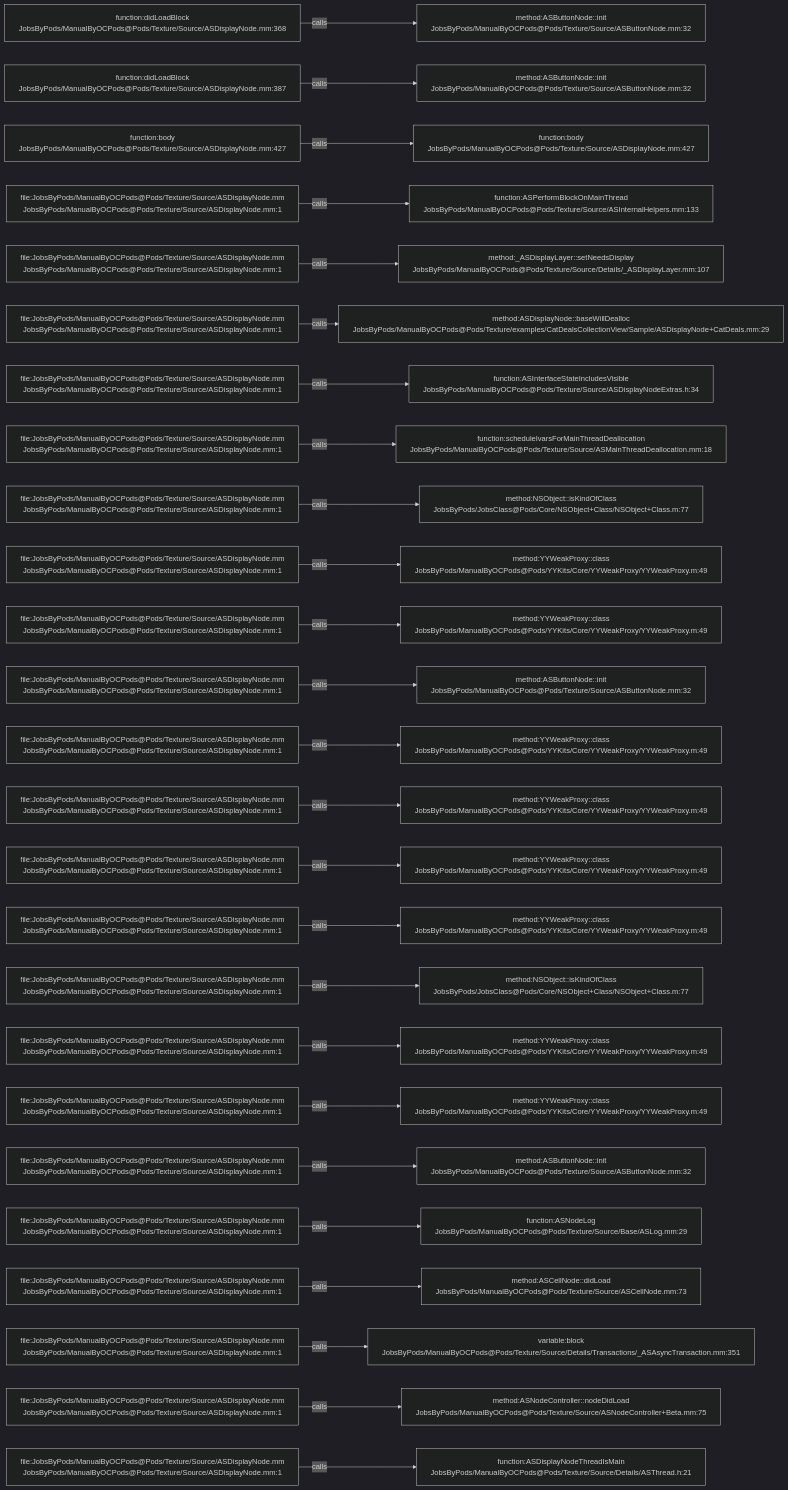
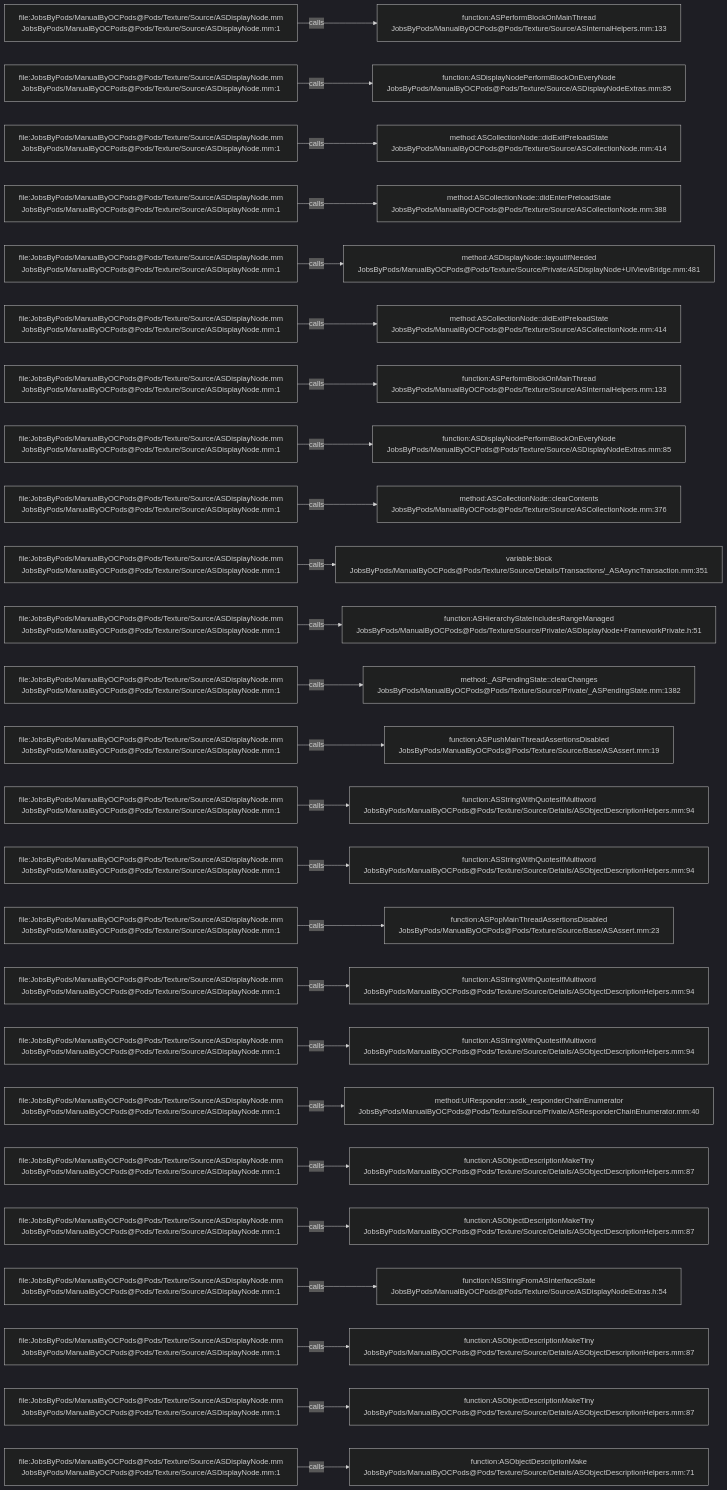
One commit to JobsKits/JobsOCBaseConfigDemo changed the diagram in .codegraph/codegraph.md/graphs/calls-089.md. Above: the diagram before and after it, drawn with Mermaid (dark theme). The commit also changed 2723 other files, not shown here.

````diff
--- a/.codegraph/codegraph.md/graphs/calls-089.md
+++ b/.codegraph/codegraph.md/graphs/calls-089.md
@@ -13,78 +13,78 @@
 ```mermaid
 flowchart LR
-  S1["function:didLoadBlock<br/>JobsByPods/ManualByOCPods@Pods/Texture/Source/ASDisplayNode.mm:368"]
-  T1["method:ASButtonNode::init<br/>JobsByPods/ManualByOCPods@Pods/Texture/Source/ASButtonNode.mm:32"]
+  S1["file:JobsByPods/ManualByOCPods@Pods/Texture/Source/ASDisplayNode.mm<br/>JobsByPods/ManualByOCPods@Pods/Texture/Source/ASDisplayNode.mm:1"]
+  T1["function:ASPerformBlockOnMainThread<br/>JobsByPods/ManualByOCPods@Pods/Texture/Source/ASInternalHelpers.mm:133"]
   S1 -->|calls| T1
-  S2["function:didLoadBlock<br/>JobsByPods/ManualByOCPods@Pods/Texture/Source/ASDisplayNode.mm:387"]
-  T2["method:ASButtonNode::init<br/>JobsByPods/ManualByOCPods@Pods/Texture/Source/ASButtonNode.mm:32"]
+  S2["file:JobsByPods/ManualByOCPods@Pods/Texture/Source/ASDisplayNode.mm<br/>JobsByPods/ManualByOCPods@Pods/Texture/Source/ASDisplayNode.mm:1"]
+  T2["function:ASDisplayNodePerformBlockOnEveryNode<br/>JobsByPods/ManualByOCPods@Pods/Texture/Source/ASDisplayNodeExtras.mm:85"]
   S2 -->|calls| T2
-  S3["function:body<br/>JobsByPods/ManualByOCPods@Pods/Texture/Source/ASDisplayNode.mm:427"]
-  T3["function:body<br/>JobsByPods/ManualByOCPods@Pods/Texture/Source/ASDisplayNode.mm:427"]
+  S3["file:JobsByPods/ManualByOCPods@Pods/Texture/Source/ASDisplayNode.mm<br/>JobsByPods/ManualByOCPods@Pods/Texture/Source/ASDisplayNode.mm:1"]
+  T3["method:ASCollectionNode::didExitPreloadState<br/>JobsByPods/ManualByOCPods@Pods/Texture/Source/ASCollectionNode.mm:414"]
   S3 -->|calls| T3
   S4["file:JobsByPods/ManualByOCPods@Pods/Texture/Source/ASDisplayNode.mm<br/>JobsByPods/ManualByOCPods@Pods/Texture/Source/ASDisplayNode.mm:1"]
-  T4["function:ASPerformBlockOnMainThread<br/>JobsByPods/ManualByOCPods@Pods/Texture/Source/ASInternalHelpers.mm:133"]
+  T4["method:ASCollectionNode::didEnterPreloadState<br/>JobsByPods/ManualByOCPods@Pods/Texture/Source/ASCollectionNode.mm:388"]
   S4 -->|calls| T4
   S5["file:JobsByPods/ManualByOCPods@Pods/Texture/Source/ASDisplayNode.mm<br/>JobsByPods/ManualByOCPods@Pods/Texture/Source/ASDisplayNode.mm:1"]
-  T5["method:_ASDisplayLayer::setNeedsDisplay<br/>JobsByPods/ManualByOCPods@Pods/Texture/Source/Details/_ASDisplayLayer.mm:107"]
+  T5["method:ASDisplayNode::layoutIfNeeded<br/>JobsByPods/ManualByOCPods@Pods/Texture/Source/Private/ASDisplayNode+UIViewBridge.mm:481"]
   S5 -->|calls| T5
   S6["file:JobsByPods/ManualByOCPods@Pods/Texture/Source/ASDisplayNode.mm<br/>JobsByPods/ManualByOCPods@Pods/Texture/Source/ASDisplayNode.mm:1"]
-  T6["method:ASDisplayNode::baseWillDealloc<br/>JobsByPods/ManualByOCPods@Pods/Texture/examples/CatDealsCollectionView/Sample/ASDisplayNode+CatDeals.mm:29"]
+  T6["method:ASCollectionNode::didExitPreloadState<br/>JobsByPods/ManualByOCPods@Pods/Texture/Source/ASCollectionNode.mm:414"]
   S6 -->|calls| T6
   S7["file:JobsByPods/ManualByOCPods@Pods/Texture/Source/ASDisplayNode.mm<br/>JobsByPods/ManualByOCPods@Pods/Texture/Source/ASDisplayNode.mm:1"]
-  T7["function:ASInterfaceStateIncludesVisible<br/>JobsByPods/ManualByOCPods@Pods/Texture/Source/ASDisplayNodeExtras.h:34"]
+  T7["function:ASPerformBlockOnMainThread<br/>JobsByPods/ManualByOCPods@Pods/Texture/Source/ASInternalHelpers.mm:133"]
   S7 -->|calls| T7
   S8["file:JobsByPods/ManualByOCPods@Pods/Texture/Source/ASDisplayNode.mm<br/>JobsByPods/ManualByOCPods@Pods/Texture/Source/ASDisplayNode.mm:1"]
-  T8["function:scheduleIvarsForMainThreadDeallocation<br/>JobsByPods/ManualByOCPods@Pods/Texture/Source/ASMainThreadDeallocation.mm:18"]
+  T8["function:ASDisplayNodePerformBlockOnEveryNode<br/>JobsByPods/ManualByOCPods@Pods/Texture/Source/ASDisplayNodeExtras.mm:85"]
   S8 -->|calls| T8
   S9["file:JobsByPods/ManualByOCPods@Pods/Texture/Source/ASDisplayNode.mm<br/>JobsByPods/ManualByOCPods@Pods/Texture/Source/ASDisplayNode.mm:1"]
-  T9["method:NSObject::isKindOfClass<br/>JobsByPods/JobsClass@Pods/Core/NSObject+Class/NSObject+Class.m:77"]
+  T9["method:ASCollectionNode::clearContents<br/>JobsByPods/ManualByOCPods@Pods/Texture/Source/ASCollectionNode.mm:376"]
   S9 -->|calls| T9
   S10["file:JobsByPods/ManualByOCPods@Pods/Texture/Source/ASDisplayNode.mm<br/>JobsByPods/ManualByOCPods@Pods/Texture/Source/ASDisplayNode.mm:1"]
-  T10["method:YYWeakProxy::class<br/>JobsByPods/ManualByOCPods@Pods/YYKits/Core/YYWeakProxy/YYWeakProxy.m:49"]
+  T10["variable:block<br/>JobsByPods/ManualByOCPods@Pods/Texture/Source/Details/Transactions/_ASAsyncTransaction.mm:351"]
   S10 -->|calls| T10
   S11["file:JobsByPods/ManualByOCPods@Pods/Texture/Source/ASDisplayNode.mm<br/>JobsByPods/ManualByOCPods@Pods/Texture/Source/ASDisplayNode.mm:1"]
-  T11["method:YYWeakProxy::class<br/>JobsByPods/ManualByOCPods@Pods/YYKits/Core/YYWeakProxy/YYWeakProxy.m:49"]
+  T11["function:ASHierarchyStateIncludesRangeManaged<br/>JobsByPods/ManualByOCPods@Pods/Texture/Source/Private/ASDisplayNode+FrameworkPrivate.h:51"]
   S11 -->|calls| T11
   S12["file:JobsByPods/ManualByOCPods@Pods/Texture/Source/ASDisplayNode.mm<br/>JobsByPods/ManualByOCPods@Pods/Texture/Source/ASDisplayNode.mm:1"]
-  T12["method:ASButtonNode::init<br/>JobsByPods/ManualByOCPods@Pods/Texture/Source/ASButtonNode.mm:32"]
+  T12["method:_ASPendingState::clearChanges<br/>JobsByPods/ManualByOCPods@Pods/Texture/Source/Private/_ASPendingState.mm:1382"]
   S12 -->|calls| T12
   S13["file:JobsByPods/ManualByOCPods@Pods/Texture/Source/ASDisplayNode.mm<br/>JobsByPods/ManualByOCPods@Pods/Texture/Source/ASDisplayNode.mm:1"]
-  T13["method:YYWeakProxy::class<br/>JobsByPods/ManualByOCPods@Pods/YYKits/Core/YYWeakProxy/YYWeakProxy.m:49"]
+  T13["function:ASPushMainThreadAssertionsDisabled<br/>JobsByPods/ManualByOCPods@Pods/Texture/Source/Base/ASAssert.mm:19"]
   S13 -->|calls| T13
   S14["file:JobsByPods/ManualByOCPods@Pods/Texture/Source/ASDisplayNode.mm<br/>JobsByPods/ManualByOCPods@Pods/Texture/Source/ASDisplayNode.mm:1"]
-  T14["method:YYWeakProxy::class<br/>JobsByPods/ManualByOCPods@Pods/YYKits/Core/YYWeakProxy/YYWeakProxy.m:49"]
+  T14["function:ASStringWithQuotesIfMultiword<br/>JobsByPods/ManualByOCPods@Pods/Texture/Source/Details/ASObjectDescriptionHelpers.mm:94"]
   S14 -->|calls| T14
   S15["file:JobsByPods/ManualByOCPods@Pods/Texture/Source/ASDisplayNode.mm<br/>JobsByPods/ManualByOCPods@Pods/Texture/Source/ASDisplayNode.mm:1"]
-  T15["method:YYWeakProxy::class<br/>JobsByPods/ManualByOCPods@Pods/YYKits/Core/YYWeakProxy/YYWeakProxy.m:49"]
+  T15["function:ASStringWithQuotesIfMultiword<br/>JobsByPods/ManualByOCPods@Pods/Texture/Source/Details/ASObjectDescriptionHelpers.mm:94"]
   S15 -->|calls| T15
   S16["file:JobsByPods/ManualByOCPods@Pods/Texture/Source/ASDisplayNode.mm<br/>JobsByPods/ManualByOCPods@Pods/Texture/Source/ASDisplayNode.mm:1"]
-  T16["method:YYWeakProxy::class<br/>JobsByPods/ManualByOCPods@Pods/YYKits/Core/YYWeakProxy/YYWeakProxy.m:49"]
+  T16["function:ASPopMainThreadAssertionsDisabled<br/>JobsByPods/ManualByOCPods@Pods/Texture/Source/Base/ASAssert.mm:23"]
   S16 -->|calls| T16
   S17["file:JobsByPods/ManualByOCPods@Pods/Texture/Source/ASDisplayNode.mm<br/>JobsByPods/ManualByOCPods@Pods/Texture/Source/ASDisplayNode.mm:1"]
-  T17["method:NSObject::isKindOfClass<br/>JobsByPods/JobsClass@Pods/Core/NSObject+Class/NSObject+Class.m:77"]
+  T17["function:ASStringWithQuotesIfMultiword<br/>JobsByPods/ManualByOCPods@Pods/Texture/Source/Details/ASObjectDescriptionHelpers.mm:94"]
   S17 -->|calls| T17
   S18["file:JobsByPods/ManualByOCPods@Pods/Texture/Source/ASDisplayNode.mm<br/>JobsByPods/ManualByOCPods@Pods/Texture/Source/ASDisplayNode.mm:1"]
-  T18["method:YYWeakProxy::class<br/>JobsByPods/ManualByOCPods@Pods/YYKits/Core/YYWeakProxy/YYWeakProxy.m:49"]
+  T18["function:ASStringWithQuotesIfMultiword<br/>JobsByPods/ManualByOCPods@Pods/Texture/Source/Details/ASObjectDescriptionHelpers.mm:94"]
   S18 -->|calls| T18
   S19["file:JobsByPods/ManualByOCPods@Pods/Texture/Source/ASDisplayNode.mm<br/>JobsByPods/ManualByOCPods@Pods/Texture/Source/ASDisplayNode.mm:1"]
-  T19["method:YYWeakProxy::class<br/>JobsByPods/ManualByOCPods@Pods/YYKits/Core/YYWeakProxy/YYWeakProxy.m:49"]
+  T19["method:UIResponder::asdk_responderChainEnumerator<br/>JobsByPods/ManualByOCPods@Pods/Texture/Source/Private/ASResponderChainEnumerator.mm:40"]
   S19 -->|calls| T19
   S20["file:JobsByPods/ManualByOCPods@Pods/Texture/Source/ASDisplayNode.mm<br/>JobsByPods/ManualByOCPods@Pods/Texture/Source/ASDisplayNode.mm:1"]
-  T20["method:ASButtonNode::init<br/>JobsByPods/ManualByOCPods@Pods/Texture/Source/ASButtonNode.mm:32"]
+  T20["function:ASObjectDescriptionMakeTiny<br/>JobsByPods/ManualByOCPods@Pods/Texture/Source/Details/ASObjectDescriptionHelpers.mm:87"]
   S20 -->|calls| T20
   S21["file:JobsByPods/ManualByOCPods@Pods/Texture/Source/ASDisplayNode.mm<br/>JobsByPods/ManualByOCPods@Pods/Texture/Source/ASDisplayNode.mm:1"]
-  T21["function:ASNodeLog<br/>JobsByPods/ManualByOCPods@Pods/Texture/Source/Base/ASLog.mm:29"]
+  T21["function:ASObjectDescriptionMakeTiny<br/>JobsByPods/ManualByOCPods@Pods/Texture/Source/Details/ASObjectDescriptionHelpers.mm:87"]
   S21 -->|calls| T21
   S22["file:JobsByPods/ManualByOCPods@Pods/Texture/Source/ASDisplayNode.mm<br/>JobsByPods/ManualByOCPods@Pods/Texture/Source/ASDisplayNode.mm:1"]
-  T22["method:ASCellNode::didLoad<br/>JobsByPods/ManualByOCPods@Pods/Texture/Source/ASCellNode.mm:73"]
+  T22["function:NSStringFromASInterfaceState<br/>JobsByPods/ManualByOCPods@Pods/Texture/Source/ASDisplayNodeExtras.h:54"]
   S22 -->|calls| T22
   S23["file:JobsByPods/ManualByOCPods@Pods/Texture/Source/ASDisplayNode.mm<br/>JobsByPods/ManualByOCPods@Pods/Texture/Source/ASDisplayNode.mm:1"]
-  T23["variable:block<br/>JobsByPods/ManualByOCPods@Pods/Texture/Source/Details/Transactions/_ASAsyncTransaction.mm:351"]
+  T23["function:ASObjectDescriptionMakeTiny<br/>JobsByPods/ManualByOCPods@Pods/Texture/Source/Details/ASObjectDescriptionHelpers.mm:87"]
   S23 -->|calls| T23
   S24["file:JobsByPods/ManualByOCPods@Pods/Texture/Source/ASDisplayNode.mm<br/>JobsByPods/ManualByOCPods@Pods/Texture/Source/ASDisplayNode.mm:1"]
-  T24["method:ASNodeController::nodeDidLoad<br/>JobsByPods/ManualByOCPods@Pods/Texture/Source/ASNodeController+Beta.mm:75"]
+  T24["function:ASObjectDescriptionMakeTiny<br/>JobsByPods/ManualByOCPods@Pods/Texture/Source/Details/ASObjectDescriptionHelpers.mm:87"]
   S24 -->|calls| T24
   S25["file:JobsByPods/ManualByOCPods@Pods/Texture/Source/ASDisplayNode.mm<br/>JobsByPods/ManualByOCPods@Pods/Texture/Source/ASDisplayNode.mm:1"]
-  T25["function:ASDisplayNodeThreadIsMain<br/>JobsByPods/ManualByOCPods@Pods/Texture/Source/Details/ASThread.h:21"]
+  T25["function:ASObjectDescriptionMake<br/>JobsByPods/ManualByOCPods@Pods/Texture/Source/Details/ASObjectDescriptionHelpers.mm:71"]
   S25 -->|calls| T25
 ```
````
